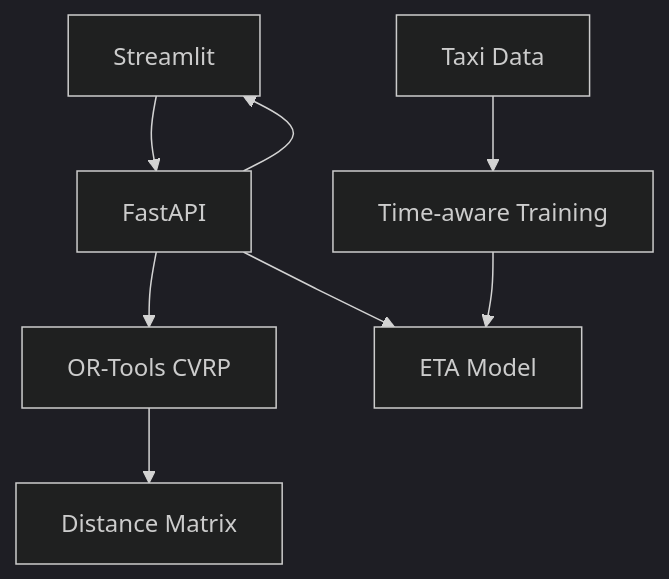
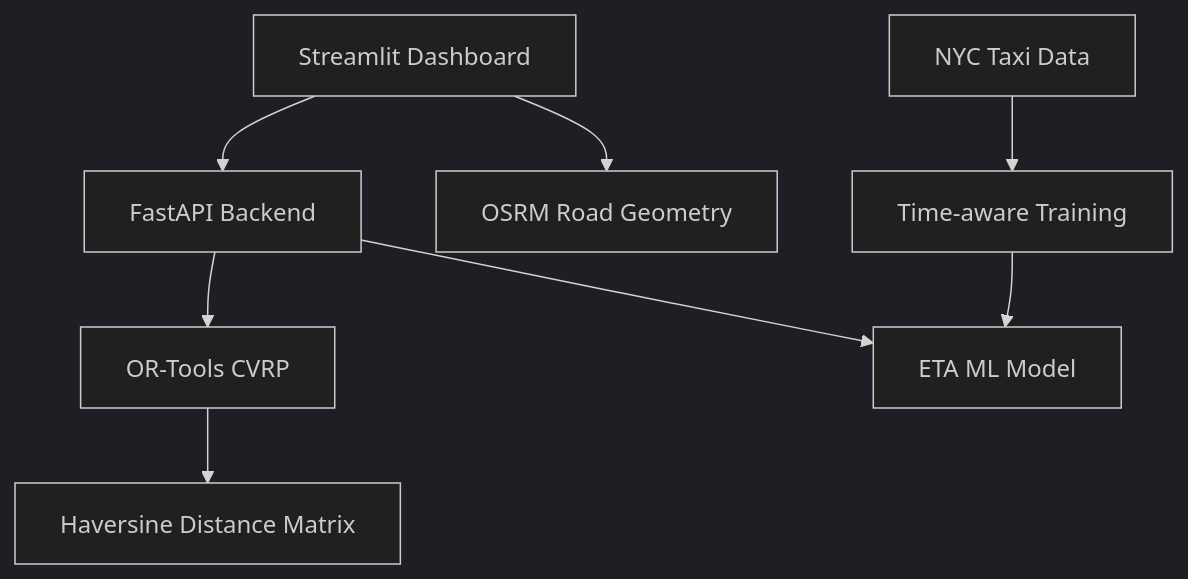
The diagram in README.md (Piyu242005/Last-Mile-Delivery-Optimization), drawn with Mermaid (dark theme) before and after one commit. The commit also changed other lines of this file, not shown here.

Commit message:
docs: update platform feature set and roadmap

````diff
--- a/README.md
+++ b/README.md
@@ -20,10 +26,10 @@
 ```mermaid
 graph TD
-    UI[Streamlit] --> API[FastAPI]
+    UI[Streamlit Dashboard] --> API[FastAPI Backend]
     API --> CVRP[OR-Tools CVRP]
-    CVRP --> DIST[Distance Matrix]
-    API --> ETA[ETA Model]
-    DATA[Taxi Data] --> TRAIN[Time-aware Training]
+    CVRP --> DIST[Haversine Distance Matrix]
+    API --> ETA[ETA ML Model]
+    UI --> OSRM[OSRM Road Geometry]
+    DATA[NYC Taxi Data] --> TRAIN[Time-aware Training]
     TRAIN --> ETA
-    API --> UI
 ```
````
